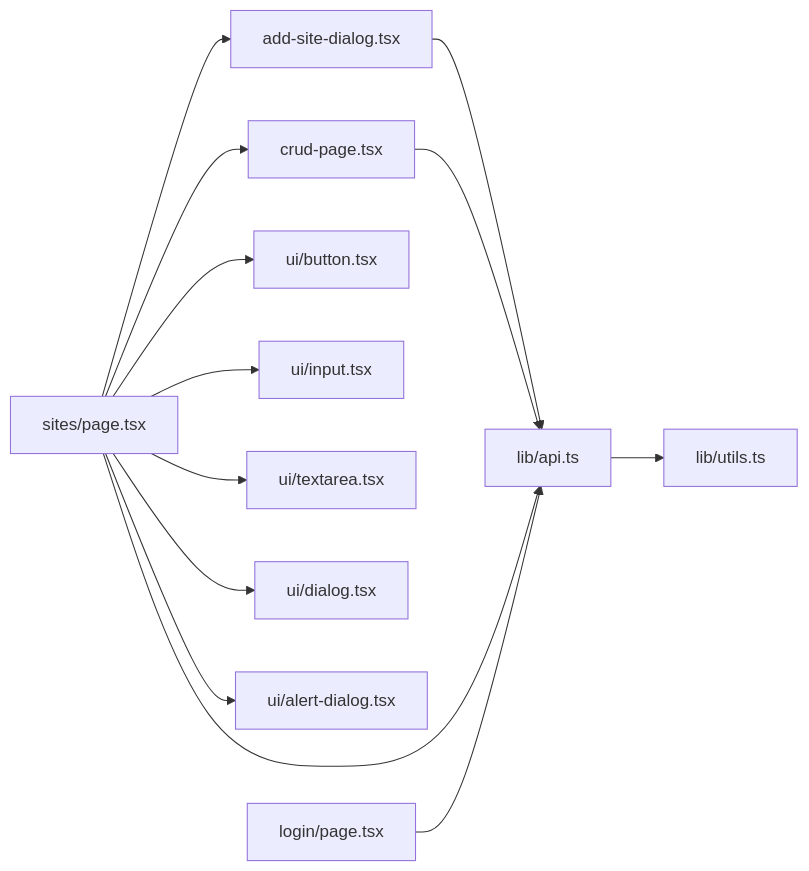
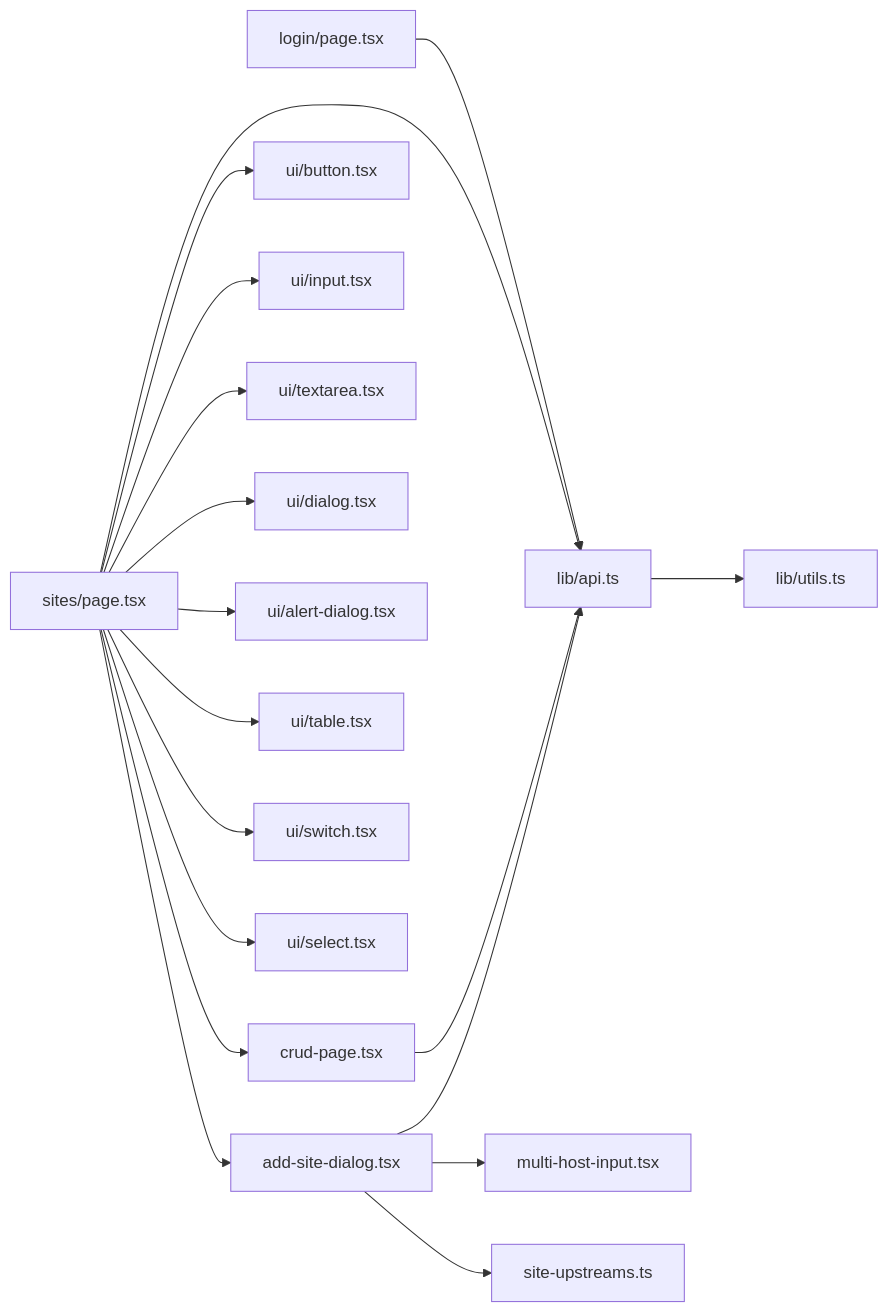
The fourth of 4 diagrams in docs/前端管理界面/用户交互设计.md (x01n/My-OpenWaf), drawn with Mermaid before and after one commit. The commit also changed other lines of this file and 199 other files, not shown here.

````diff
--- a/docs/前端管理界面/用户交互设计.md
+++ b/docs/前端管理界面/用户交互设计.md
@@ -254,15 +276,20 @@
 ```mermaid
 graph LR
 PAGE_SITES["sites/page.tsx"] --> D_ADD["add-site-dialog.tsx"]
 PAGE_SITES --> D_CRUD["crud-page.tsx"]
 PAGE_SITES --> UI_BTN["ui/button.tsx"]
 PAGE_SITES --> UI_INPUT["ui/input.tsx"]
 PAGE_SITES --> UI_TEXT["ui/textarea.tsx"]
 PAGE_SITES --> UI_DLG["ui/dialog.tsx"]
 PAGE_SITES --> UI_ALERT["ui/alert-dialog.tsx"]
+PAGE_SITES --> UI_TABLE["ui/table.tsx"]
+PAGE_SITES --> UI_SWITCH["ui/switch.tsx"]
+PAGE_SITES --> UI_SELECT["ui/select.tsx"]
 D_ADD --> API["lib/api.ts"]
 D_CRUD --> API
 PAGE_SITES --> API
 LOGIN["login/page.tsx"] --> API
 API --> UTILS["lib/utils.ts"]
+D_ADD --> MH["multi-host-input.tsx"]
+D_ADD --> SU["site-upstreams.ts"]
 ```
````
